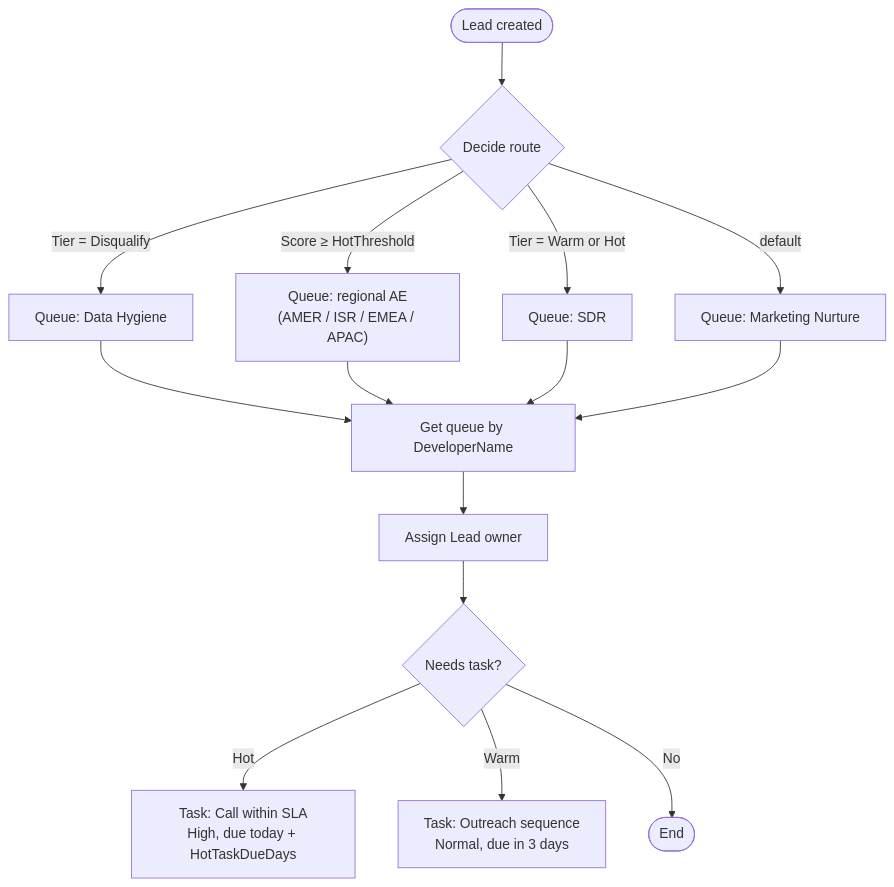
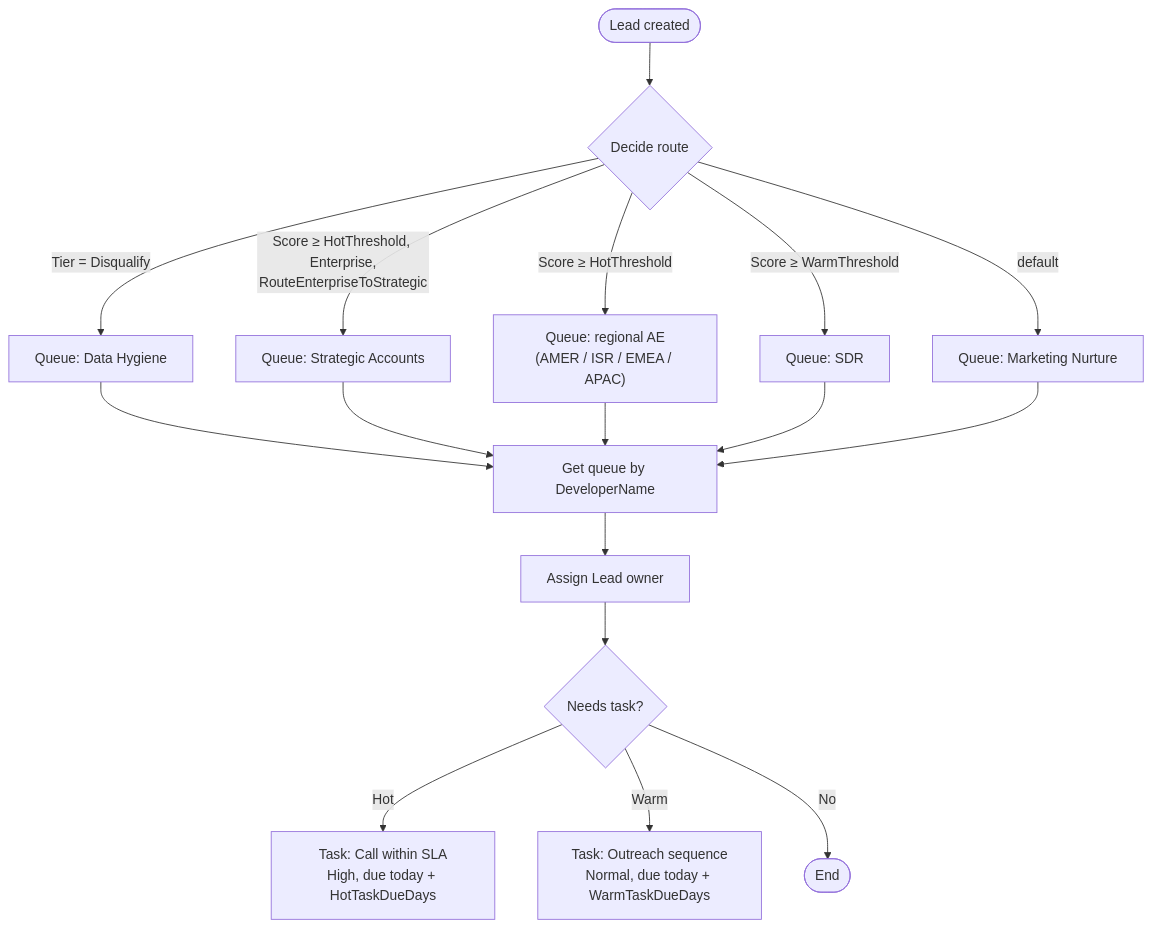
The diagram in salesforce/README.md (arielslaish/leadwise), drawn with Mermaid before and after one commit. The commit also changed other lines of this file and 15 other files, not shown here.

````diff
--- a/salesforce/README.md
+++ b/salesforce/README.md
@@ -15,13 +16,14 @@
 ```mermaid
 flowchart TD
     S([Lead created]) --> D{Decide route}
     D -- "Tier = Disqualify" --> RD[Queue: Data Hygiene]
+    D -- "Score ≥ HotThreshold, Enterprise,<br/>RouteEnterpriseToStrategic" --> RS[Queue: Strategic Accounts]
     D -- "Score ≥ HotThreshold" --> RH["Queue: regional AE<br/>(AMER / ISR / EMEA / APAC)"]
-    D -- "Tier = Warm or Hot" --> RW[Queue: SDR]
+    D -- "Score ≥ WarmThreshold" --> RW[Queue: SDR]
     D -- default --> RN[Queue: Marketing Nurture]
-    RD & RH & RW & RN --> G[Get queue by DeveloperName] --> O[Assign Lead owner]
+    RD & RS & RH & RW & RN --> G[Get queue by DeveloperName] --> O[Assign Lead owner]
     O --> T{Needs task?}
     T -- "Hot" --> TH["Task: Call within SLA<br/>High, due today + HotTaskDueDays"]
-    T -- "Warm" --> TW["Task: Outreach sequence<br/>Normal, due in 3 days"]
+    T -- "Warm" --> TW["Task: Outreach sequence<br/>Normal, due today + WarmTaskDueDays"]
     T -- "No" --> E([End])
 ```
````
